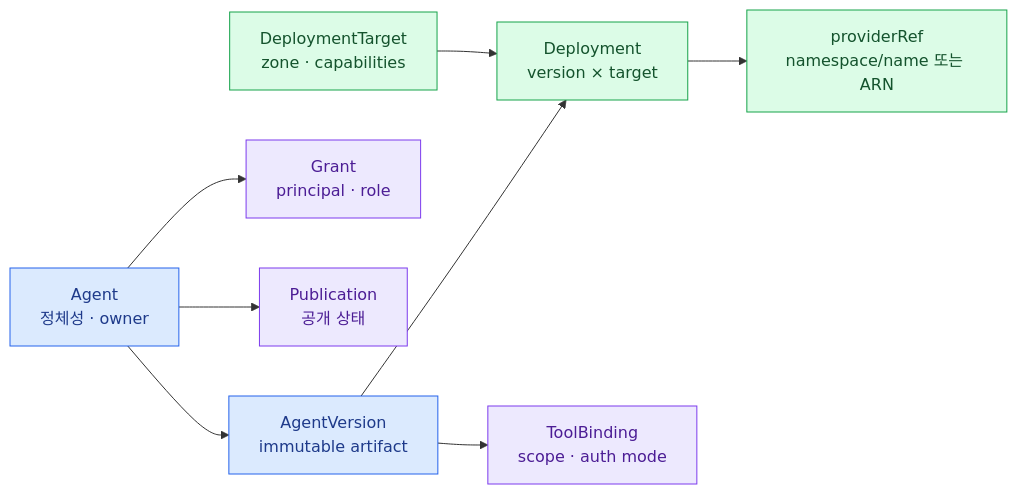
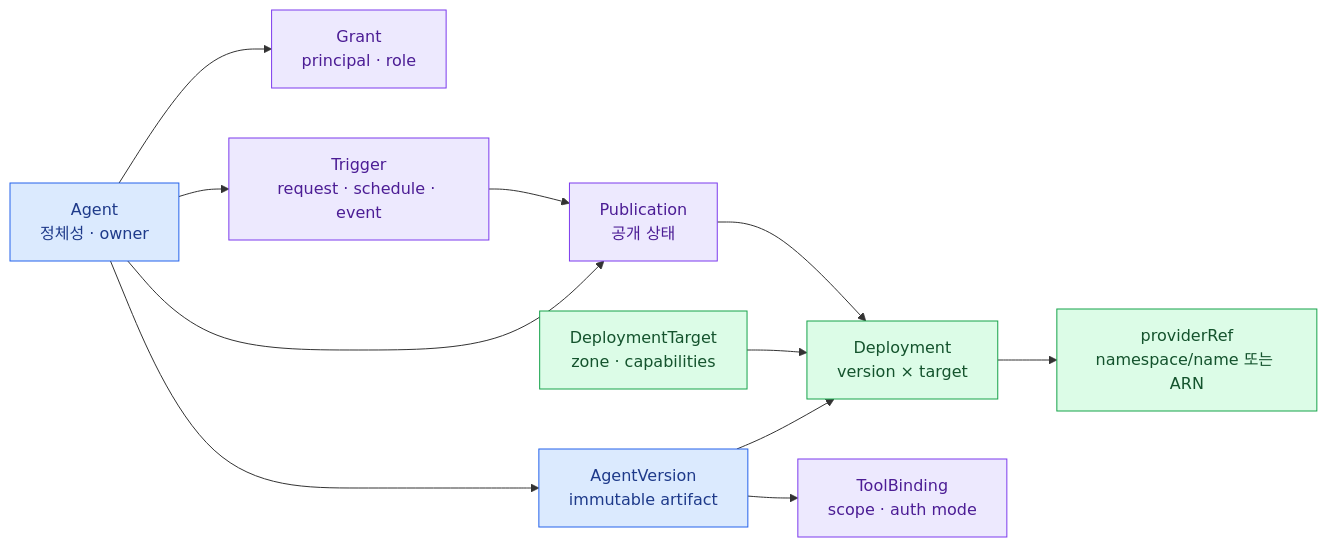
The first of 2 diagrams in src/content/docs/agent-platform/02-domain-model.mdx (mechurak/study-starlight), drawn with Mermaid before and after one commit. The commit also changed other lines of this file and 24 other files, not shown here.

````diff
--- a/src/content/docs/agent-platform/02-domain-model.mdx
+++ b/src/content/docs/agent-platform/02-domain-model.mdx
@@ -22,17 +23,20 @@
 ```mermaid
 flowchart LR
     AG["Agent<br/>정체성 · owner"] --> VER["AgentVersion<br/>immutable artifact"]
     AG --> GRANT["Grant<br/>principal · role"]
     AG --> PUB["Publication<br/>공개 상태"]
+    AG --> TRG["Trigger<br/>request · schedule · event"]
     VER --> DEP["Deployment<br/>version × target"]
     TARGET["DeploymentTarget<br/>zone · capabilities"] --> DEP
     DEP --> PREF["providerRef<br/>namespace/name 또는 ARN"]
     VER --> TOOL["ToolBinding<br/>scope · auth mode"]
+    PUB --> DEP
+    TRG --> PUB
 
     classDef key fill:#dbeafe,stroke:#2563eb,color:#1e3a8a
     classDef zone fill:#ede9fe,stroke:#7c3aed,color:#4c1d95
     classDef ok fill:#dcfce7,stroke:#16a34a,color:#14532d
     class AG,VER key
-    class GRANT,PUB,TOOL zone
+    class GRANT,PUB,TRG,TOOL zone
     class DEP,TARGET,PREF ok
 ```
````
